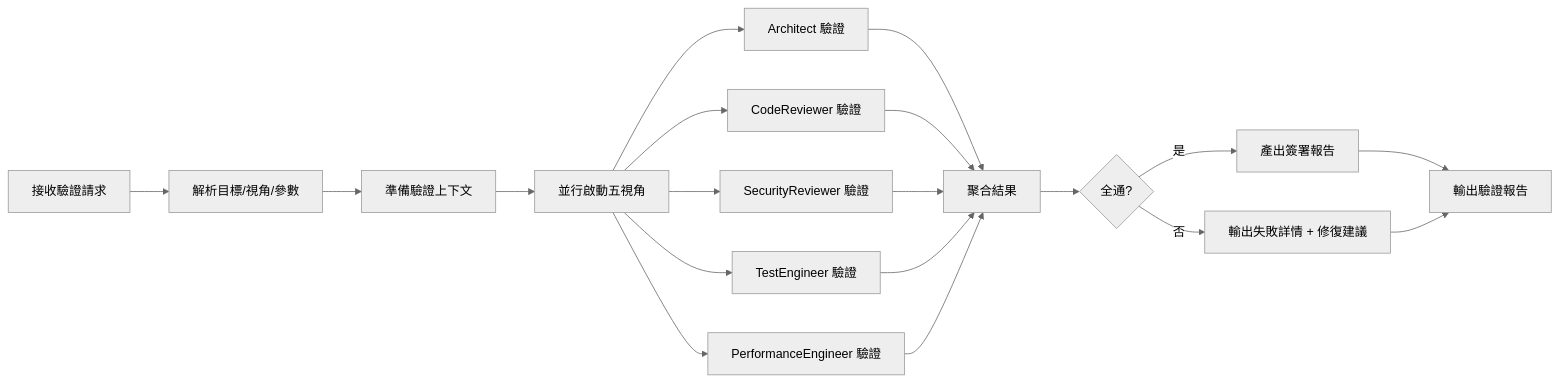
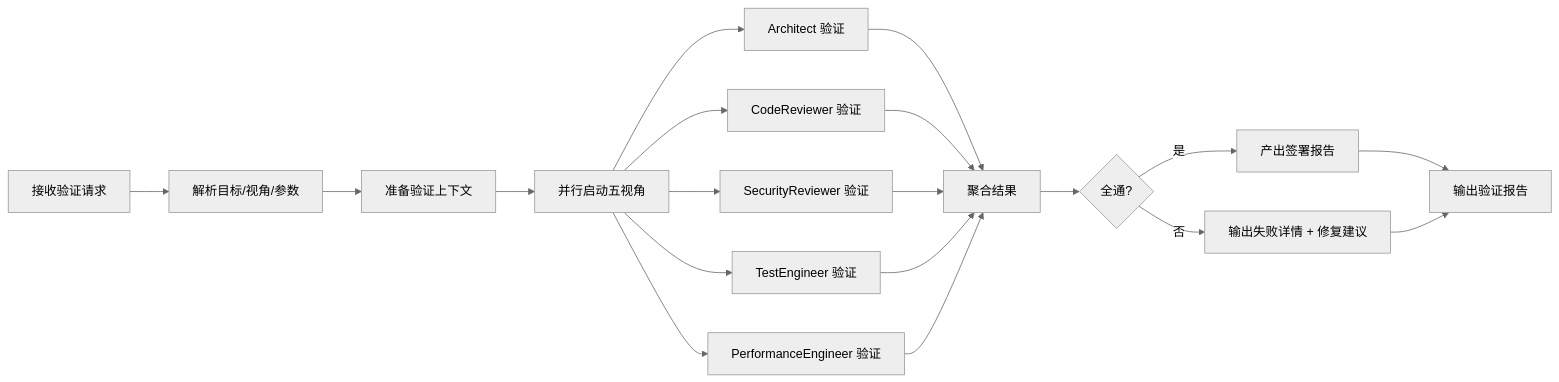
One commit to gogojaja/DevProjectTeamSkill changed the diagram in .trae/skills/dev-project-team-skill/skills/multi-perspective-validation/SKILL.md. Above: the diagram before and after it, drawn with Mermaid (neutral theme). The commit also changed other lines of this file and 69 other files, not shown here.

````diff
--- a/.trae/skills/dev-project-team-skill/skills/multi-perspective-validation/SKILL.md
+++ b/.trae/skills/dev-project-team-skill/skills/multi-perspective-validation/SKILL.md
@@ -44,21 +46,21 @@
 ```mermaid
 graph LR
-  A[接收驗證請求] --> B[解析目標/視角/參數]
-  B --> C[準備驗證上下文]
-  C --> D[並行啟動五視角]
-  D --> E1[Architect 驗證]
-  D --> E2[CodeReviewer 驗證]
-  D --> E3[SecurityReviewer 驗證]
-  D --> E4[TestEngineer 驗證]
-  D --> E5[PerformanceEngineer 驗證]
-  E1 --> F[聚合結果]
+  A[接收验证请求] --> B[解析目标/视角/参数]
+  B --> C[准备验证上下文]
+  C --> D[并行启动五视角]
+  D --> E1[Architect 验证]
+  D --> E2[CodeReviewer 验证]
+  D --> E3[SecurityReviewer 验证]
+  D --> E4[TestEngineer 验证]
+  D --> E5[PerformanceEngineer 验证]
+  E1 --> F[聚合结果]
   E2 --> F
   E3 --> F
   E4 --> F
   E5 --> F
   F --> G{全通?}
-  G -->|是| H[產出簽署報告]
-  G -->|否| I[輸出失敗詳情 + 修復建議]
-  H --> J[輸出驗證報告]
+  G -->|是| H[产出签署报告]
+  G -->|否| I[输出失败详情 + 修复建议]
+  H --> J[输出验证报告]
   I --> J
 ```
````
